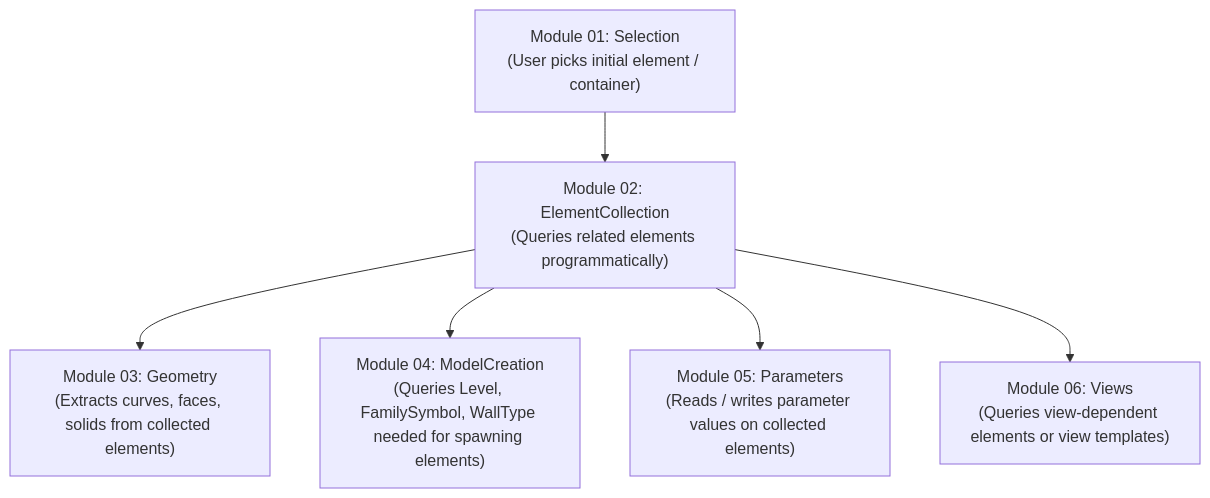
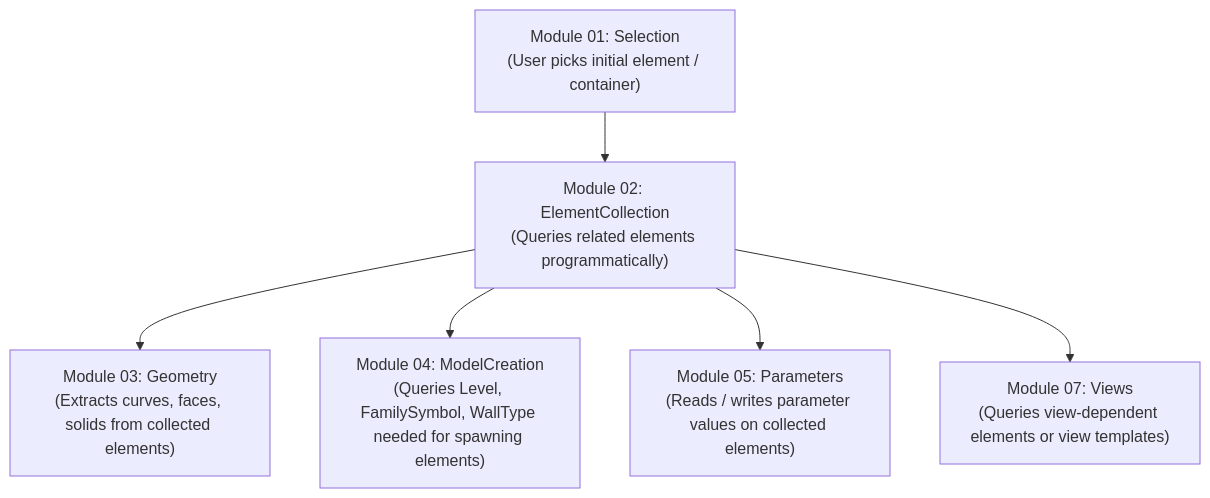
The fifth of 7 diagrams in RevitApiSamples/Samples/ElementCollection/ElementCollection.md (Mustafa-TOMMY/CommandSamplesRevitApiVer2025), drawn with Mermaid before and after one commit. The commit also changed other lines of this file and 7 other files, not shown here.

Commit message:
docs: standardize module numbering 01-09 and fix mermaid diagram syntax across all modules

````diff
--- a/RevitApiSamples/Samples/ElementCollection/ElementCollection.md
+++ b/RevitApiSamples/Samples/ElementCollection/ElementCollection.md
@@ -347,8 +347,8 @@
 ```mermaid
 flowchart TD
-    Selection["Module 01: Selection\n(User picks initial element / container)"] --> Collection["Module 02: ElementCollection\n(Queries related elements programmatically)"]
-    Collection --> Geometry["Module 03: Geometry\n(Extracts curves, faces, solids from collected elements)"]
-    Collection --> ModelCreation["Module 04: ModelCreation\n(Queries Level, FamilySymbol, WallType needed for spawning elements)"]
-    Collection --> Parameters["Module 05: Parameters\n(Reads / writes parameter values on collected elements)"]
-    Collection --> Views["Module 06: Views\n(Queries view-dependent elements or view templates)"]
+    Selection["Module 01: Selection<br/>(User picks initial element / container)"] --> Collection["Module 02: ElementCollection<br/>(Queries related elements programmatically)"]
+    Collection --> Geometry["Module 03: Geometry<br/>(Extracts curves, faces, solids from collected elements)"]
+    Collection --> ModelCreation["Module 04: ModelCreation<br/>(Queries Level, FamilySymbol, WallType needed for spawning elements)"]
+    Collection --> Parameters["Module 05: Parameters<br/>(Reads / writes parameter values on collected elements)"]
+    Collection --> Views["Module 07: Views<br/>(Queries view-dependent elements or view templates)"]
 ```
````
